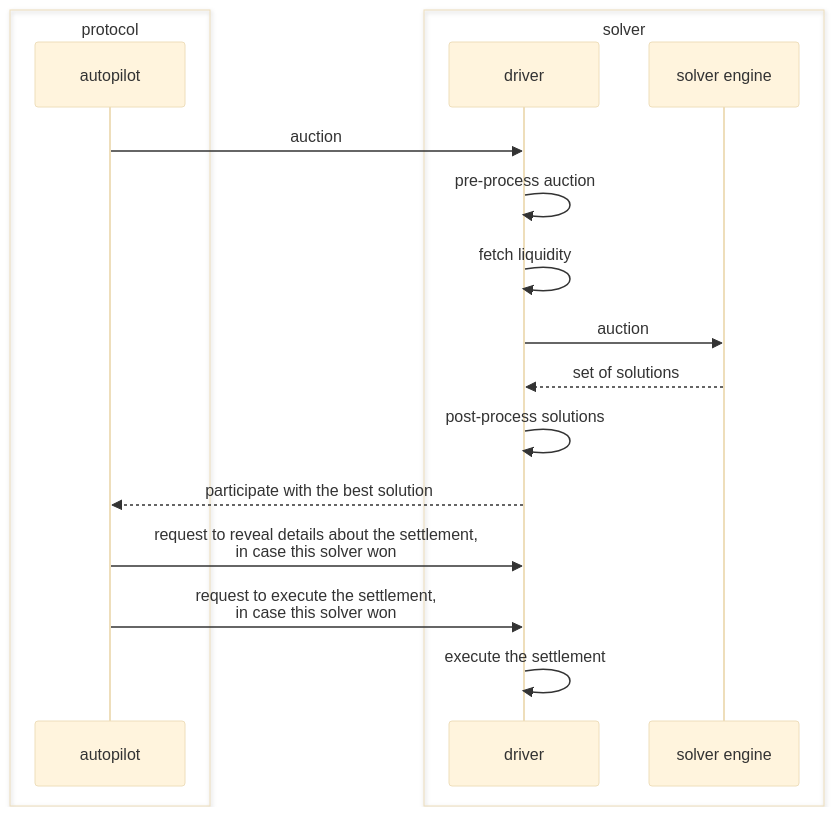
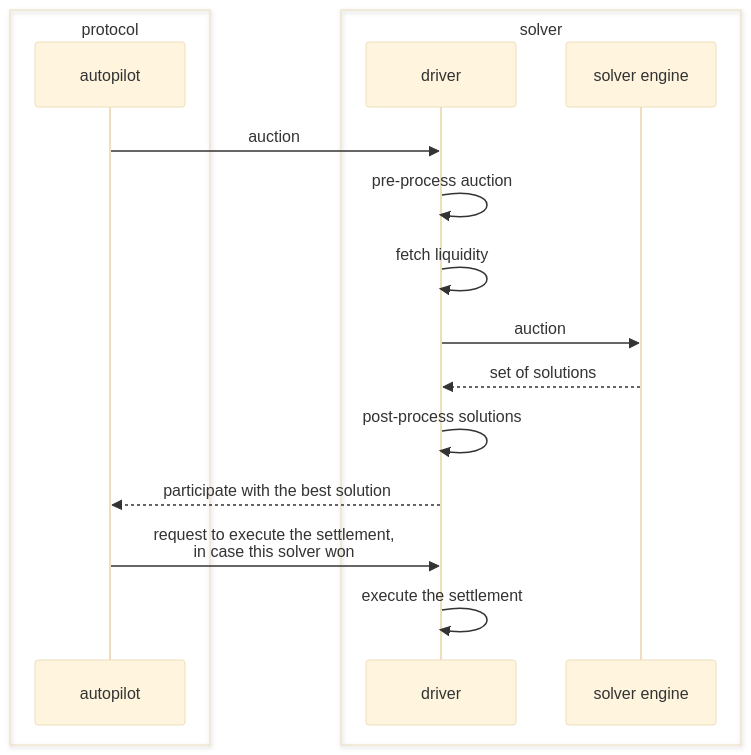
One commit to cowprotocol/docs changed the diagram in docs/cow-protocol/tutorials/arbitrate/solver/driver.md. Above: the diagram before and after it, drawn with Mermaid (base theme). The commit also changed 3 other files, not shown here.

````diff
--- a/docs/cow-protocol/tutorials/arbitrate/solver/driver.md
+++ b/docs/cow-protocol/tutorials/arbitrate/solver/driver.md
@@ -24,20 +24,19 @@
 ```mermaid
 sequenceDiagram
     box protocol
         participant autopilot
     end
     box solver
         participant driver
         participant solver engine
     end
     autopilot->>driver: auction
     driver->>driver: pre-process auction
     driver->>driver: fetch liquidity
     driver->>solver engine: auction
     solver engine-->>driver: set of solutions
     driver->>driver: post-process solutions
     driver-->>autopilot: participate with the best solution
-    autopilot->>driver: request to reveal details about the settlement,<br>in case this solver won
     autopilot->>driver: request to execute the settlement,<br>in case this solver won
     driver->>driver: execute the settlement
 ```
````
